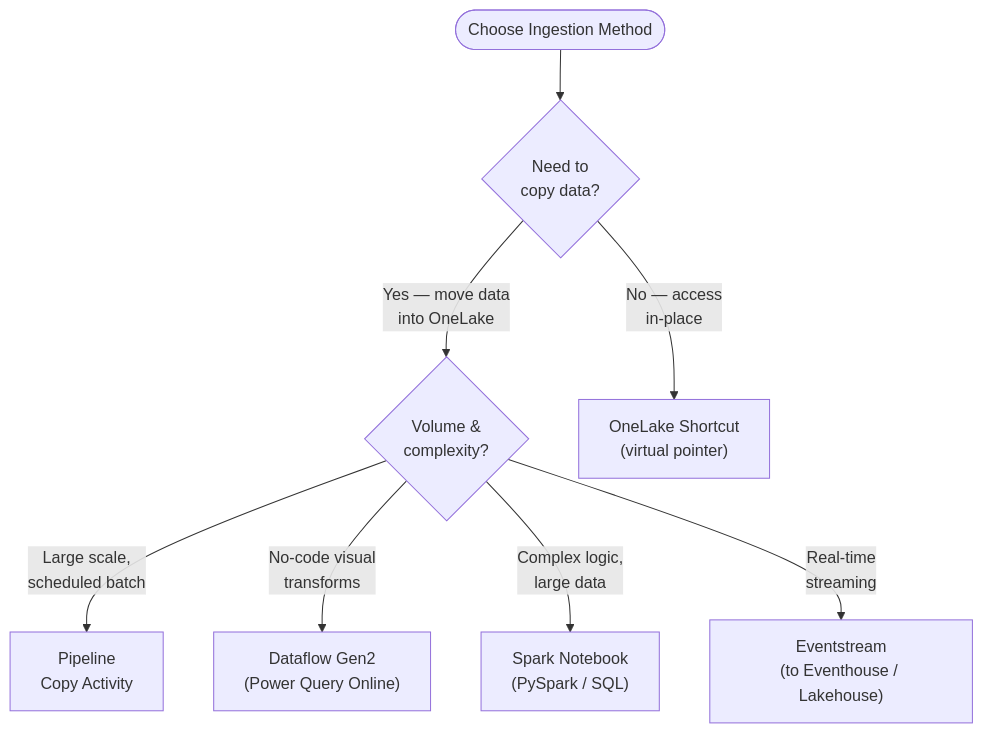
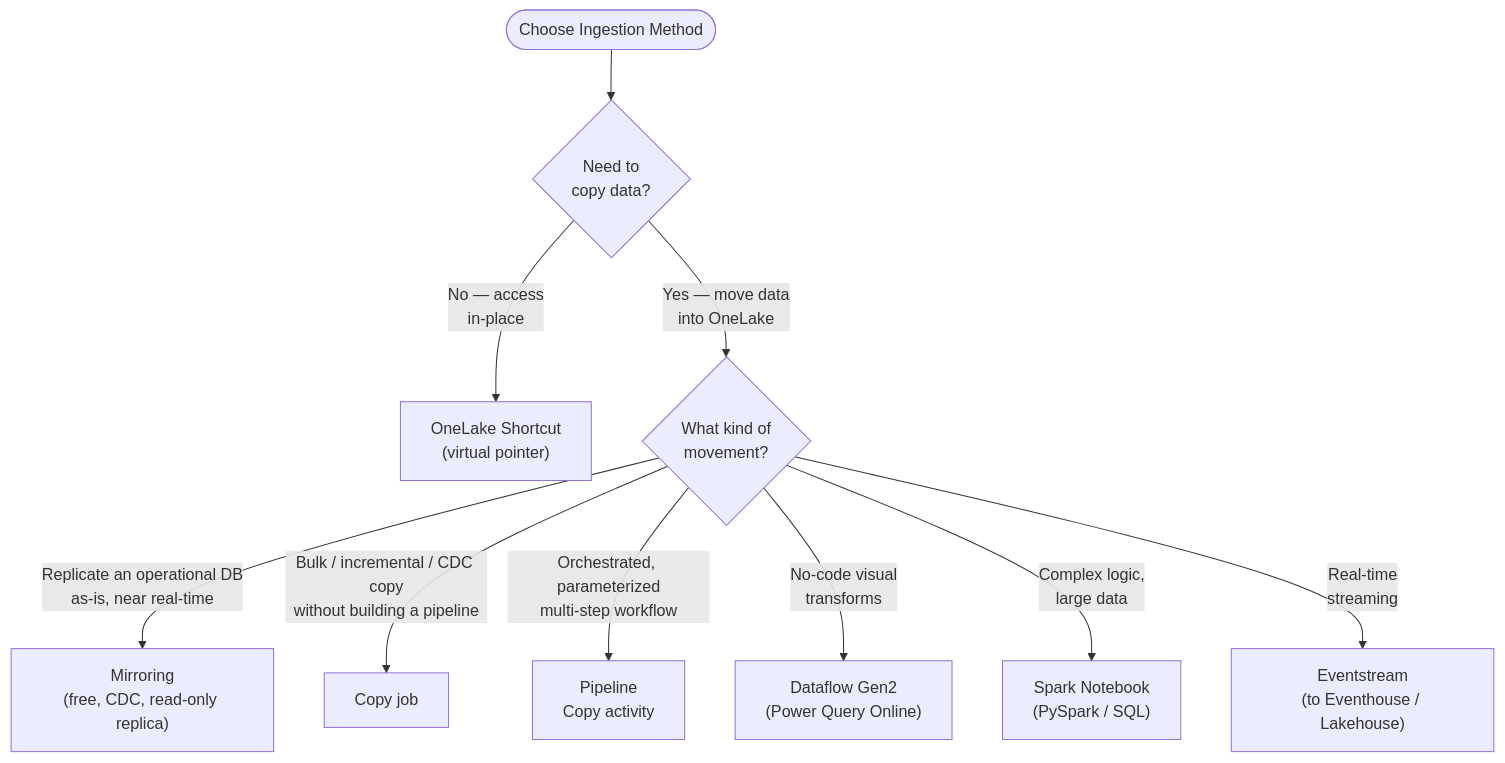
The third of 6 diagrams in 02-prepare-data.md (marcogrimaldi29/dp-600-study-notes), drawn with Mermaid before and after one commit. The commit also changed other lines of this file and 12 other files, not shown here.

````diff
--- a/02-prepare-data.md
+++ b/02-prepare-data.md
@@ -108,10 +108,12 @@
 ```mermaid
 flowchart TD
     START([Choose Ingestion Method]) --> Q1{Need to\ncopy data?}
-    Q1 -->|"Yes — move data\ninto OneLake"| COPY{Volume &\ncomplexity?}
     Q1 -->|"No — access\nin-place"| SHORTCUT["OneLake Shortcut\n(virtual pointer)"]
-    COPY -->|"Large scale,\nscheduled batch"| PIPELINE["Pipeline\nCopy Activity"]
+    Q1 -->|"Yes — move data\ninto OneLake"| COPY{What kind of\nmovement?}
+    COPY -->|"Replicate an operational DB\nas-is, near real-time"| MIRROR["Mirroring\n(free, CDC, read-only replica)"]
+    COPY -->|"Bulk / incremental / CDC copy\nwithout building a pipeline"| COPYJOB["Copy job"]
+    COPY -->|"Orchestrated, parameterized\nmulti-step workflow"| PIPELINE["Pipeline\nCopy activity"]
     COPY -->|"No-code visual\ntransforms"| DFGEN2["Dataflow Gen2\n(Power Query Online)"]
     COPY -->|"Complex logic,\nlarge data"| NOTEBOOK["Spark Notebook\n(PySpark / SQL)"]
     COPY -->|"Real-time\nstreaming"| EVENTSTREAM["Eventstream\n(to Eventhouse / Lakehouse)"]
 ```
````
